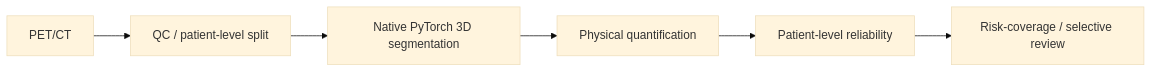
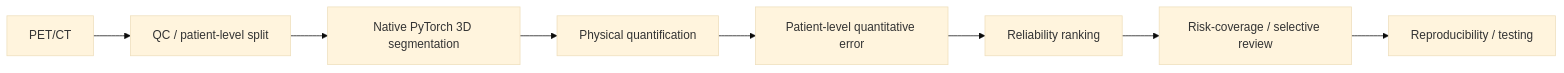
One commit to ddd08-right/-AI-PET changed the diagram in README.md. Above: the diagram before and after it, drawn with Mermaid (base theme). The commit also changed 5 other files, not shown here.

````diff
--- a/README.md
+++ b/README.md
@@ -10,8 +10,10 @@
 ```mermaid
 flowchart LR
     A[PET/CT] --> B[QC / patient-level split]
     B --> C[Native PyTorch 3D segmentation]
     C --> D[Physical quantification]
-    D --> E[Patient-level reliability]
-    E --> F[Risk-coverage / selective review]
+    D --> E[Patient-level quantitative error]
+    E --> F[Reliability ranking]
+    F --> G[Risk-coverage / selective review]
+    G --> H[Reproducibility / testing]
 ```
````
